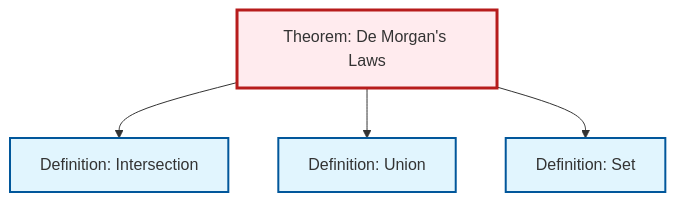
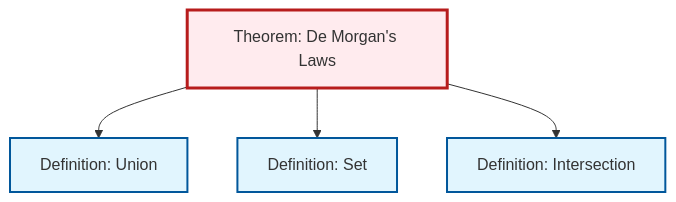
One commit to RK0429/ModernMath changed the diagram in content/en/logic-set-theory/thm-de-morgan.qmd. Above: the diagram before and after it, drawn with Mermaid. The commit also changed other lines of this file and 328 other files, not shown here.

````diff
--- a/content/en/logic-set-theory/thm-de-morgan.qmd
+++ b/content/en/logic-set-theory/thm-de-morgan.qmd
@@ -78,20 +78,20 @@
 ```{mermaid}
 %%| fig-cap: "Local dependency graph"
 graph TD
     classDef definition fill:#e1f5fe,stroke:#01579b,stroke-width:2px
     classDef theorem fill:#f3e5f5,stroke:#4a148c,stroke-width:2px
     classDef axiom fill:#fff3e0,stroke:#e65100,stroke-width:2px
     classDef example fill:#e8f5e9,stroke:#1b5e20,stroke-width:2px
     classDef current fill:#ffebee,stroke:#b71c1c,stroke-width:3px
     def-set["Definition: Set"]:::definition
+    thm-de-morgan["Theorem: De Morgan's Laws"]:::theorem
     def-intersection["Definition: Intersection"]:::definition
     def-union["Definition: Union"]:::definition
-    thm-de-morgan["Theorem: De Morgan's Laws"]:::theorem
-    thm-de-morgan --> def-intersection
     thm-de-morgan --> def-union
     thm-de-morgan --> def-set
+    thm-de-morgan --> def-intersection
     class thm-de-morgan current
     click def-set "def-set.html" "Go to Set definition"
     click def-intersection "def-intersection.html" "Go to Intersection definition"
     click def-union "def-union.html" "Go to Union definition"
 ```
````
